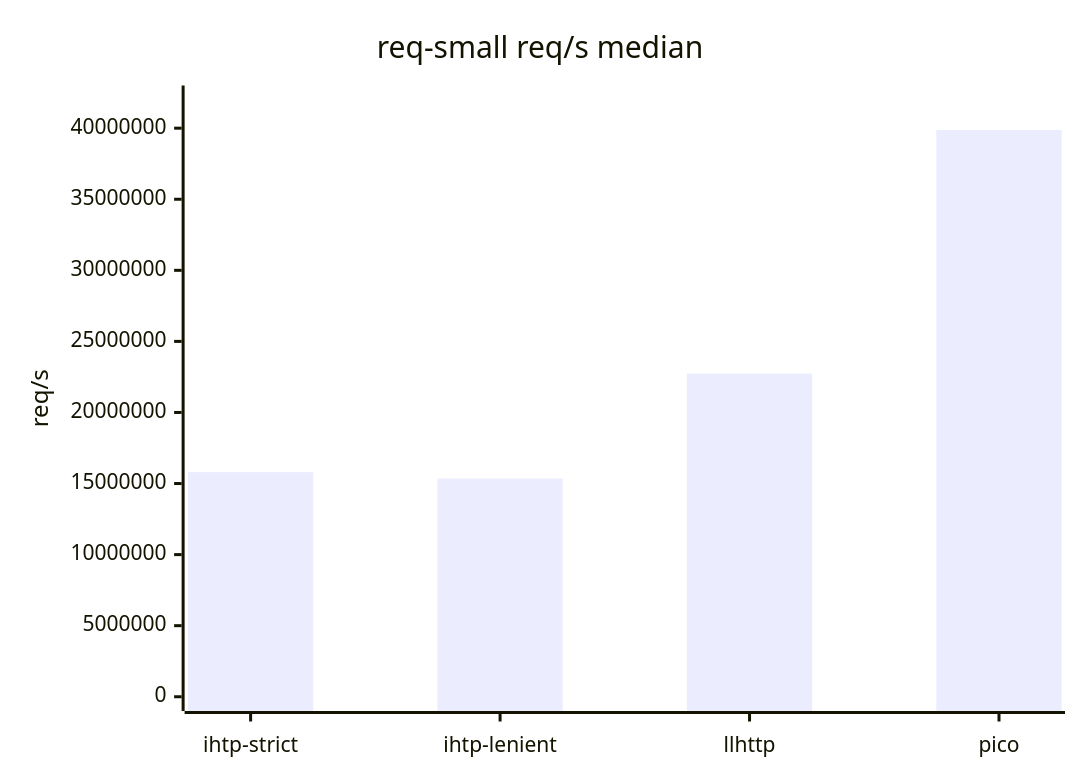
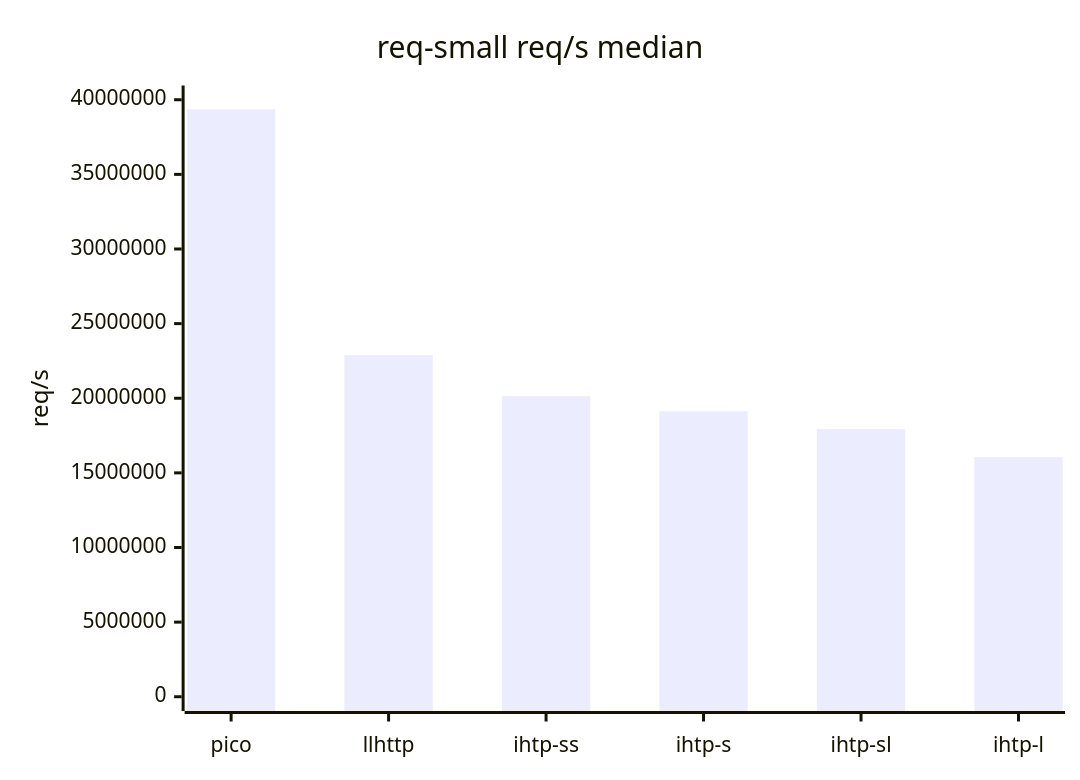
One commit to ioplane/iohttpparser changed the first of 6 diagrams in docs/en/09-test-results.md. Above: the diagram before and after it, drawn with Mermaid. The commit also changed other lines of this file and 24 other files, not shown here.

````diff
--- a/docs/en/09-test-results.md
+++ b/docs/en/09-test-results.md
@@ -121,7 +111,7 @@
 ```mermaid
 xychart-beta
     title "req-small req/s median"
-    x-axis ["ihtp-strict", "ihtp-lenient", "llhttp", "pico"]
-    y-axis "req/s" 0 --> 42000000
-    bar [15802711.37, 15347760.69, 22734335.87, 39873576.84]
+    x-axis ["pico", "llhttp", "ihtp-ss", "ihtp-s", "ihtp-sl", "ihtp-l"]
+    y-axis "req/s" 0 --> 40000000
+    bar [39358038.90, 22889567.56, 20141999.08, 19123076.89, 17933819.54, 16054814.99]
 ```
````
